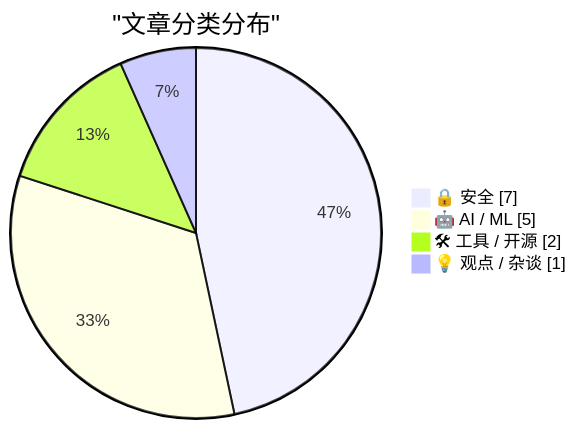
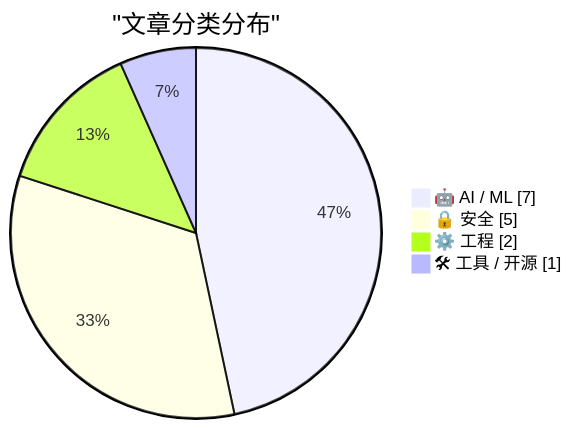
One commit to Halcyon-ccc/ai-daily-digest changed the first of 2 diagrams in digests/digest-20260723.md. Above: the diagram before and after it, drawn with Mermaid. The commit also changed other lines of this file, not shown here.

````diff
--- a/digests/digest-20260723.md
+++ b/digests/digest-20260723.md
@@ -367,8 +397,8 @@
 ```mermaid
 pie showData
     title "文章分类分布"
-    "🔒 安全" : 7
-    "🤖 AI / ML" : 5
-    "🛠 工具 / 开源" : 2
-    "💡 观点 / 杂谈" : 1
+    "🤖 AI / ML" : 7
+    "🔒 安全" : 5
+    "⚙️ 工程" : 2
+    "🛠 工具 / 开源" : 1
 ```
````
